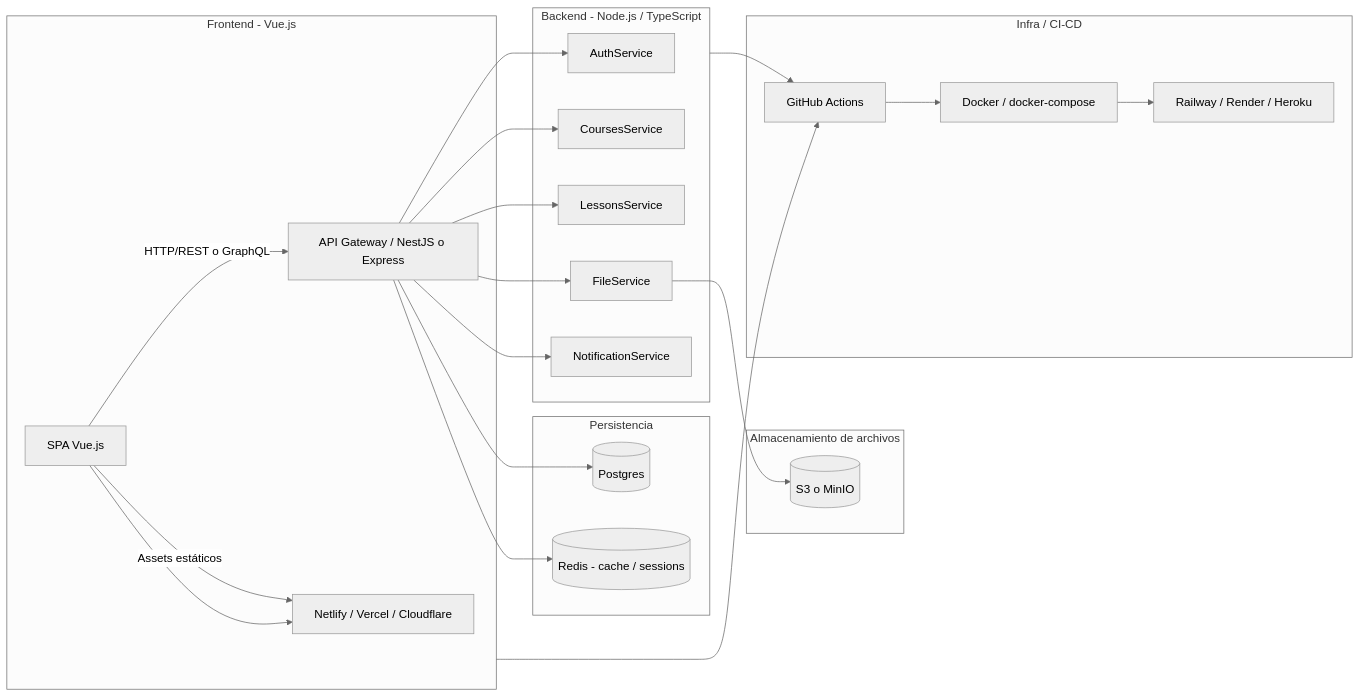
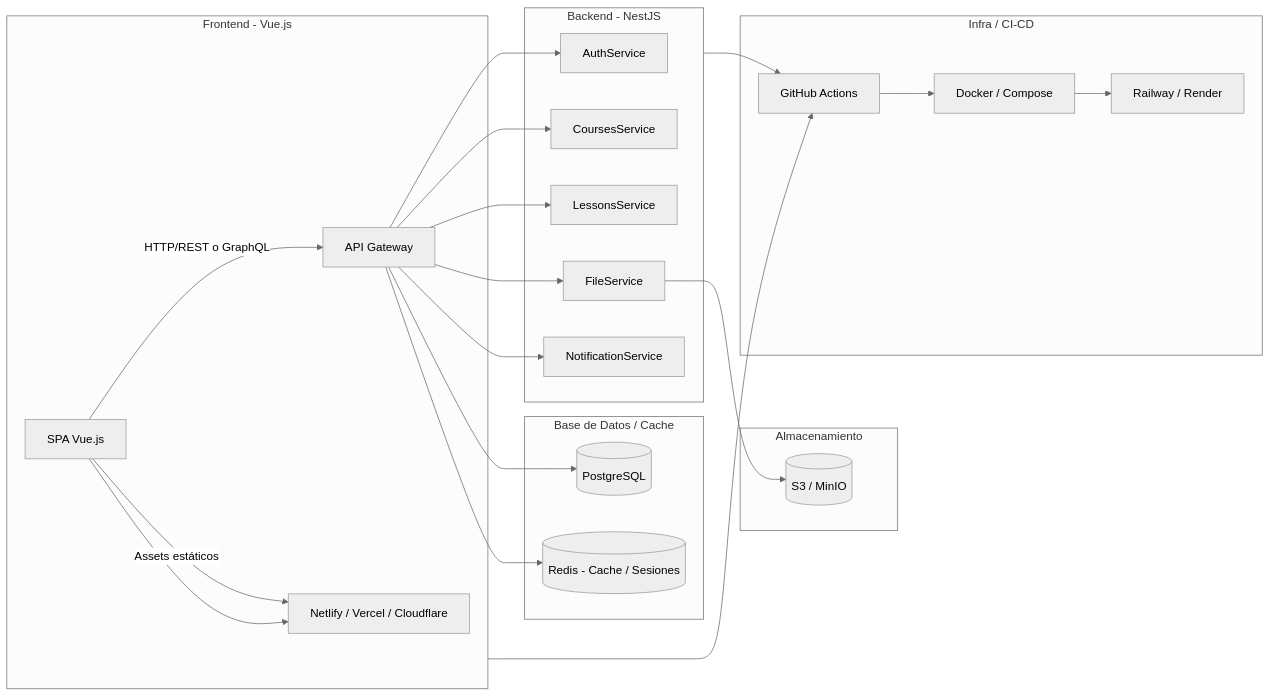
One commit to CristianCortes1/Sistema-de-aprendizaje-Linux changed the diagram in README.md. Above: the diagram before and after it, drawn with Mermaid (neutral theme). The commit also changed other lines of this file, not shown here.

Commit message:
Revise project architecture details in README
Updated architecture diagram and descriptions in README.

````diff
--- a/README.md
+++ b/README.md
@@ -13,40 +8,41 @@
 ```mermaid
 flowchart LR
   subgraph FE ["Frontend - Vue.js"]
     A[SPA Vue.js] -->|"HTTP/REST o GraphQL"| API
     A -->|"Assets estáticos"| CDN
   end
 
-  subgraph BE ["Backend - Node.js / TypeScript"]
-    API[API Gateway / NestJS o Express] --> AuthService
+  subgraph BE ["Backend - NestJS"]
+    API[API Gateway] --> AuthService
     API --> CoursesService
     API --> LessonsService
     API --> FileService
     API --> NotificationService
   end
 
-  subgraph DB ["Persistencia"]
-    Postgres[(Postgres)]
-    Redis[(Redis - cache / sessions)]
+  subgraph DB ["Base de Datos / Cache"]
+    Postgres[(PostgreSQL)]
+    Redis[(Redis - Cache / Sesiones)]
   end
 
-  subgraph Storage ["Almacenamiento de archivos"]
-    S3[(S3 o MinIO)]
+  subgraph Storage ["Almacenamiento"]
+    S3[(S3 / MinIO)]
   end
 
   subgraph Infra ["Infra / CI-CD"]
     CI[GitHub Actions]
-    Docker[Docker / docker-compose]
-    Platform[Railway / Render / Heroku]
+    Docker[Docker / Compose]
+    Platform[Railway / Render]
     CDN[Netlify / Vercel / Cloudflare]
   end
 
   API --> Postgres
   API --> Redis
   FileService --> S3
   A --> CDN
   FE --> CI
   BE --> CI
   CI --> Docker
   Docker --> Platform
+
 ```
````
